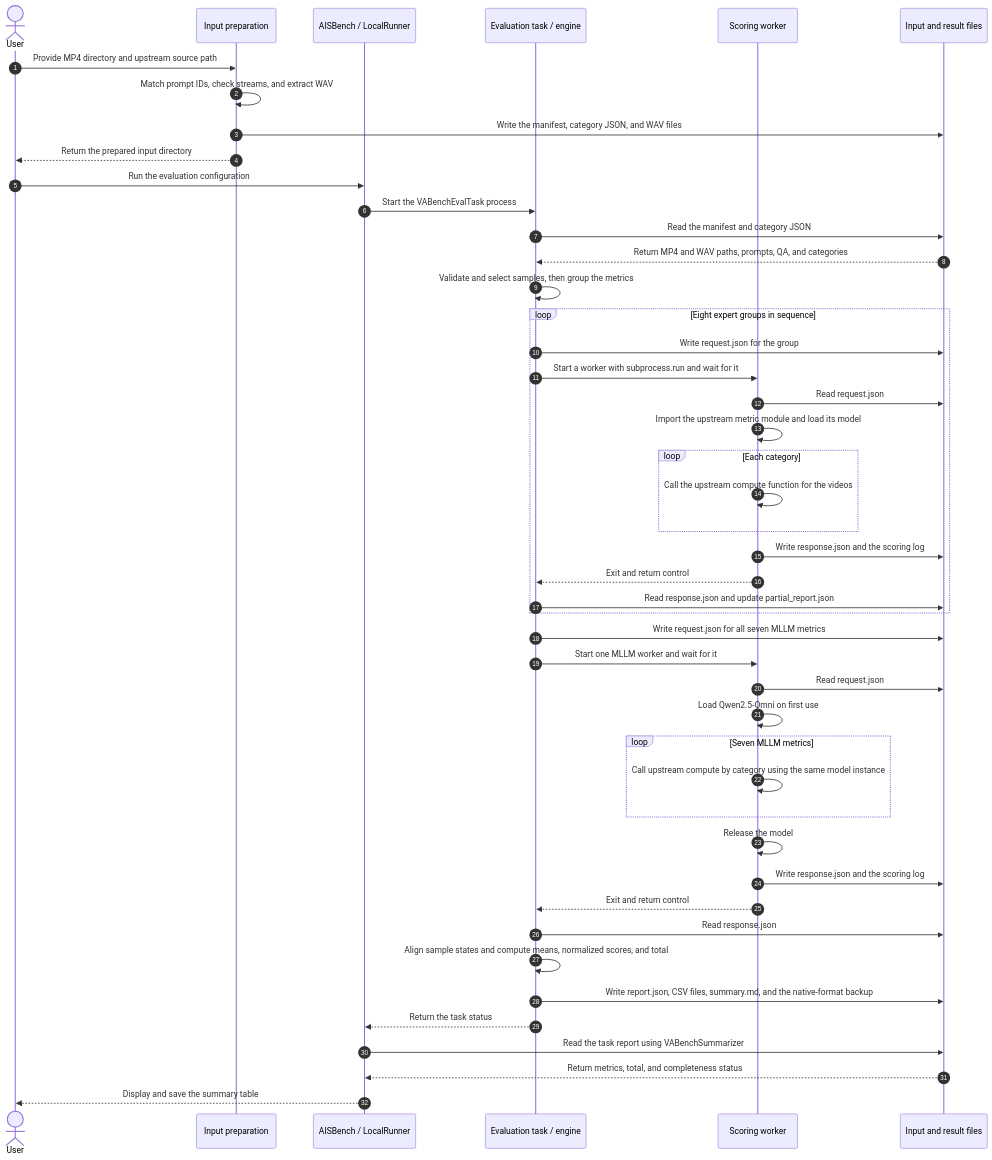
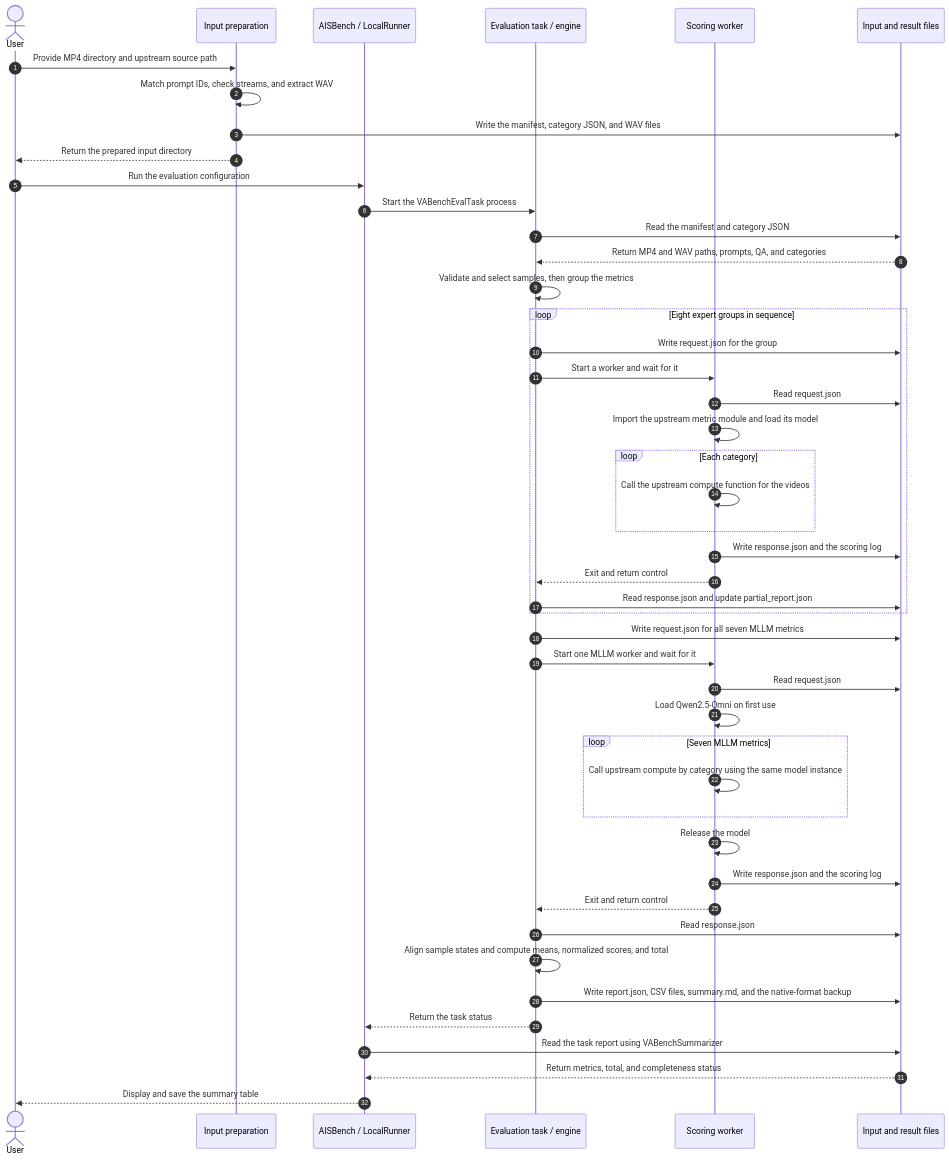
Before and after one commit to AISBench/benchmark: the second of 2 diagrams in docs/source_en/extended_benchmark/lmm_generate/vabench.md, drawn with Mermaid. The commit also changed other lines of this file and 1 other file, not shown here.

````diff
--- a/docs/source_en/extended_benchmark/lmm_generate/vabench.md
+++ b/docs/source_en/extended_benchmark/lmm_generate/vabench.md
@@ -744,53 +746,53 @@
 ```mermaid
 sequenceDiagram
     autonumber
     actor U as User
     participant P as Input preparation
     participant R as AISBench / LocalRunner
     participant T as Evaluation task / engine
     participant W as Scoring worker
     participant F as Input and result files
 
     U->>P: Provide MP4 directory and upstream source path
     P->>P: Match prompt IDs, check streams, and extract WAV
     P->>F: Write the manifest, category JSON, and WAV files
     P-->>U: Return the prepared input directory
 
     U->>R: Run the evaluation configuration
     R->>T: Start the VABenchEvalTask process
     T->>F: Read the manifest and category JSON
     F-->>T: Return MP4 and WAV paths, prompts, QA, and categories
     T->>T: Validate and select samples, then group the metrics
 
     loop Eight expert groups in sequence
         T->>F: Write request.json for the group
-        T->>W: Start a worker with subprocess.run and wait for it
+        T->>W: Start a worker and wait for it
         W->>F: Read request.json
         W->>W: Import the upstream metric module and load its model
         loop Each category
             W->>W: Call the upstream compute function for the videos
         end
         W->>F: Write response.json and the scoring log
         W-->>T: Exit and return control
         T->>F: Read response.json and update partial_report.json
     end
 
     T->>F: Write request.json for all seven MLLM metrics
     T->>W: Start one MLLM worker and wait for it
     W->>F: Read request.json
     W->>W: Load Qwen2.5-Omni on first use
     loop Seven MLLM metrics
         W->>W: Call upstream compute by category using the same model instance
     end
     W->>W: Release the model
     W->>F: Write response.json and the scoring log
     W-->>T: Exit and return control
     T->>F: Read response.json
 
     T->>T: Align sample states and compute means, normalized scores, and total
     T->>F: Write report.json, CSV files, summary.md, and the native-format backup
     T-->>R: Return the task status
     R->>F: Read the task report using VABenchSummarizer
     F-->>R: Return metrics, total, and completeness status
     R-->>U: Display and save the summary table
 ```
````
